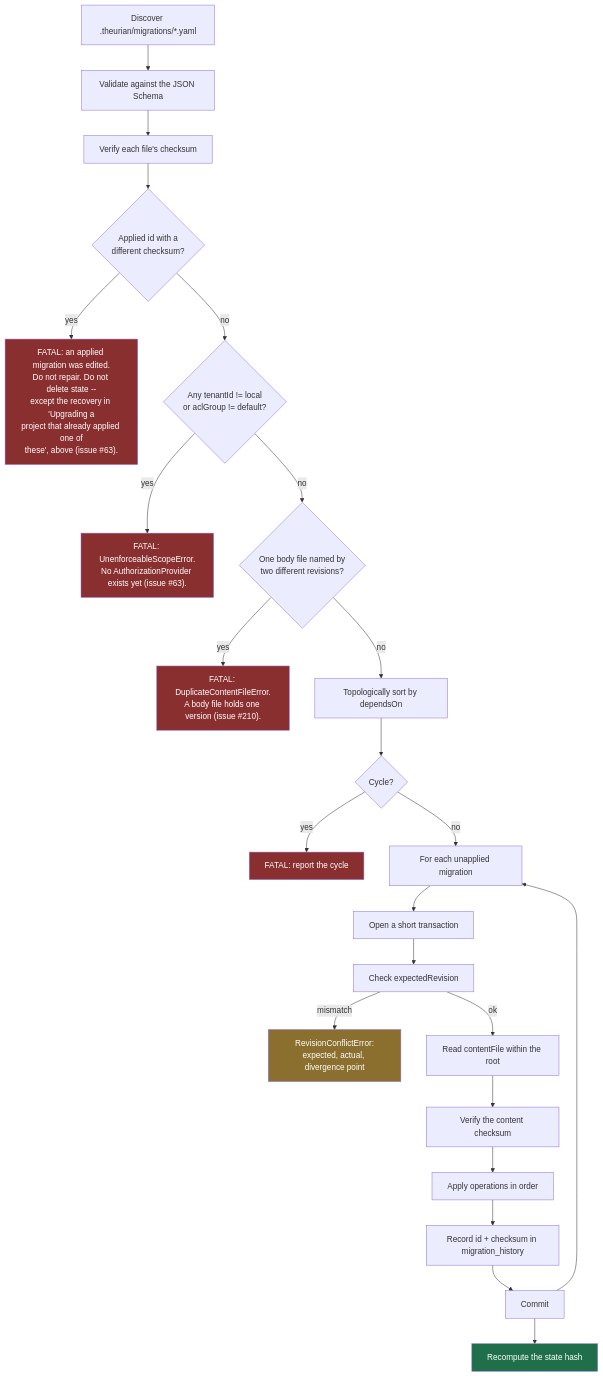
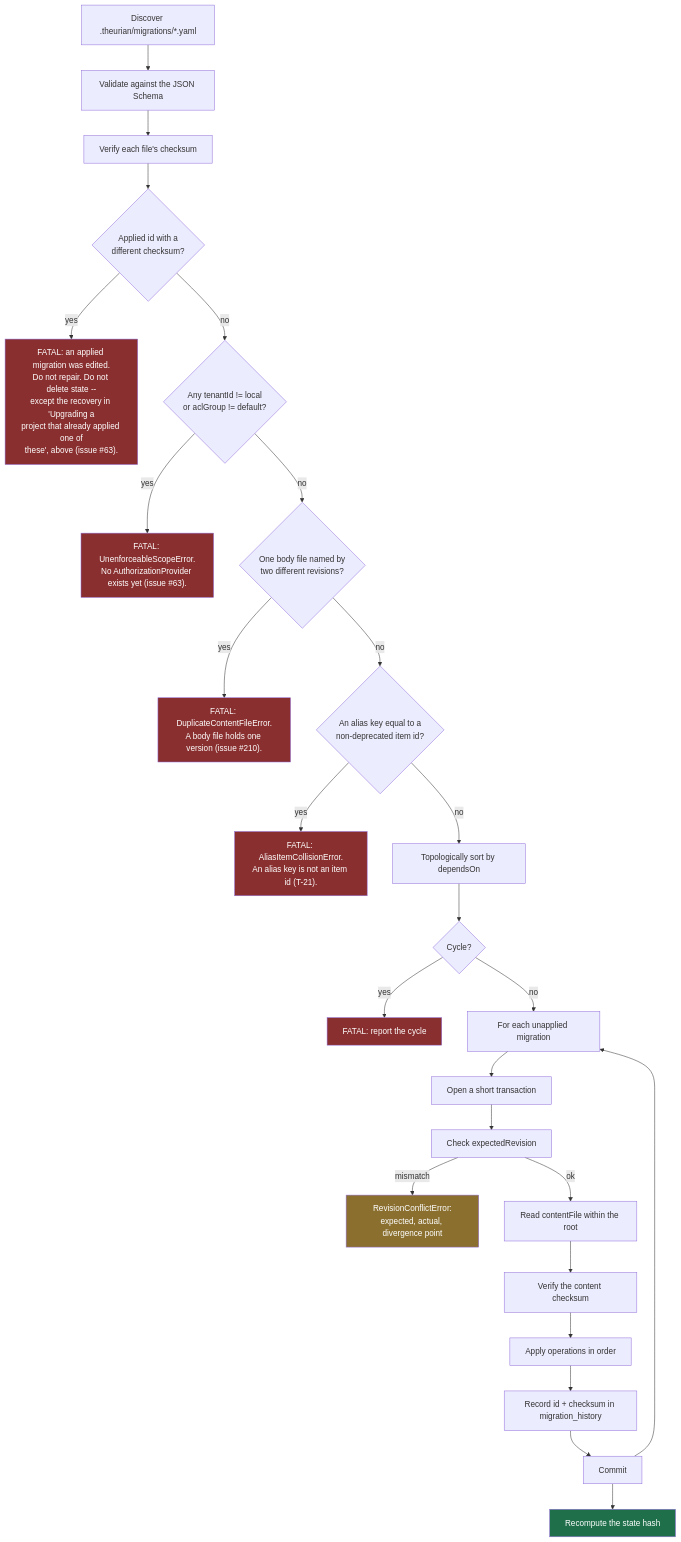
The diagram in docs/protocol/migrations.md (theurian/theurian), drawn with Mermaid before and after one commit. The commit also changed other lines of this file and 5 other files, not shown here.

First line of the commit message:
docs(security): record the alias/item-id collision as T-21; cut 0.1.0.dev6

````diff
--- a/docs/protocol/migrations.md
+++ b/docs/protocol/migrations.md
@@ -378,32 +414,35 @@
 ```mermaid
 flowchart TD
     A["Discover .theurian/migrations/*.yaml"] --> B["Validate against the JSON Schema"]
     B --> C["Verify each file's checksum"]
     C --> D{"Applied id with a<br/>different checksum?"}
     D -->|yes| E["FATAL: an applied migration was edited.<br/>Do not repair. Do not delete state --<br/>except the recovery in 'Upgrading a<br/>project that already applied one of<br/>these', above (issue #63)."]
     D -->|no| S{"Any tenantId != local<br/>or aclGroup != default?"}
     S -->|yes| T["FATAL: UnenforceableScopeError.<br/>No AuthorizationProvider exists yet (issue #63)."]
     S -->|no| U{"One body file named by<br/>two different revisions?"}
     U -->|yes| V["FATAL: DuplicateContentFileError.<br/>A body file holds one version (issue #210)."]
-    U -->|no| F["Topologically sort by dependsOn"]
+    U -->|no| W{"An alias key equal to a<br/>non-deprecated item id?"}
+    W -->|yes| X["FATAL: AliasItemCollisionError.<br/>An alias key is not an item id (T-21)."]
+    W -->|no| F["Topologically sort by dependsOn"]
     F --> G{"Cycle?"}
     G -->|yes| H["FATAL: report the cycle"]
     G -->|no| I["For each unapplied migration"]
     I --> J["Open a short transaction"]
     J --> K["Check expectedRevision"]
     K -->|mismatch| L["RevisionConflictError:<br/>expected, actual, divergence point"]
     K -->|ok| M["Read contentFile within the root"]
     M --> N["Verify the content checksum"]
     N --> O["Apply operations in order"]
     O --> P["Record id + checksum in migration_history"]
     P --> Q["Commit"]
     Q --> I
     Q --> R["Recompute the state hash"]
 
     style E fill:#8a2f2f,color:#fff
     style H fill:#8a2f2f,color:#fff
     style T fill:#8a2f2f,color:#fff
     style V fill:#8a2f2f,color:#fff
+    style X fill:#8a2f2f,color:#fff
     style L fill:#8a6f2f,color:#fff
     style R fill:#1f6f4a,color:#fff
 ```
````
